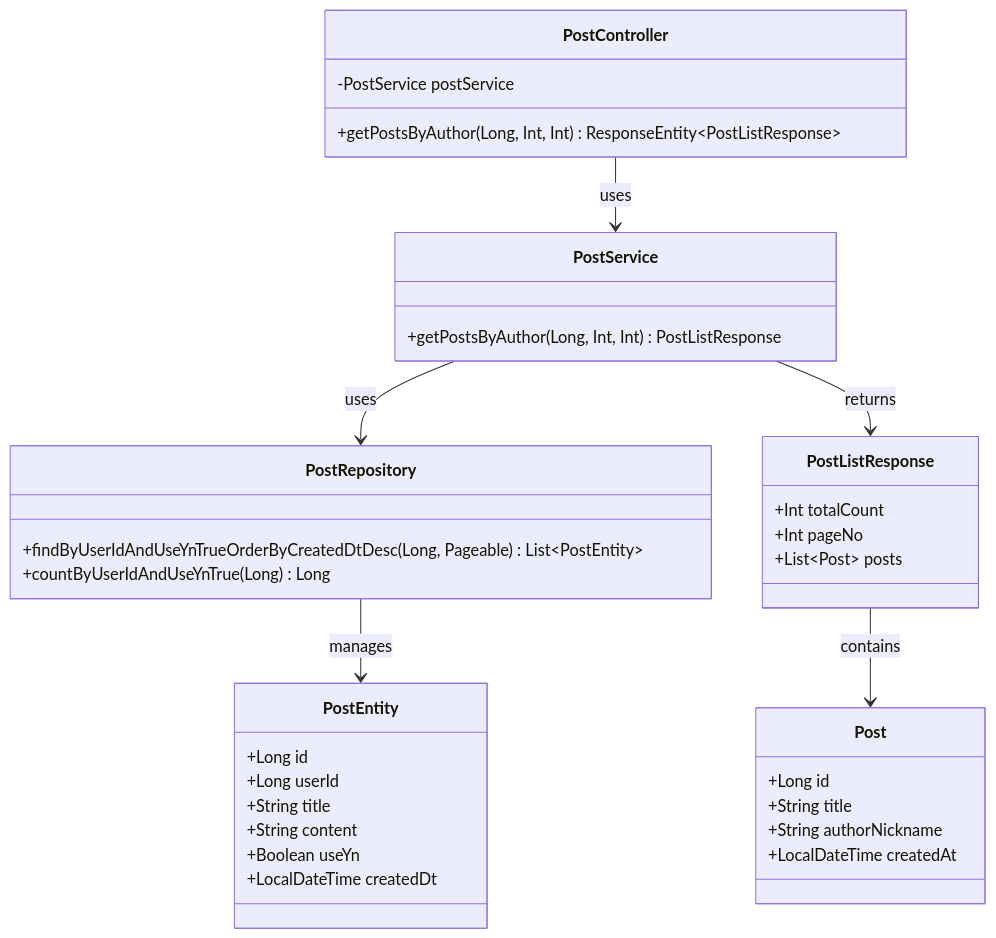
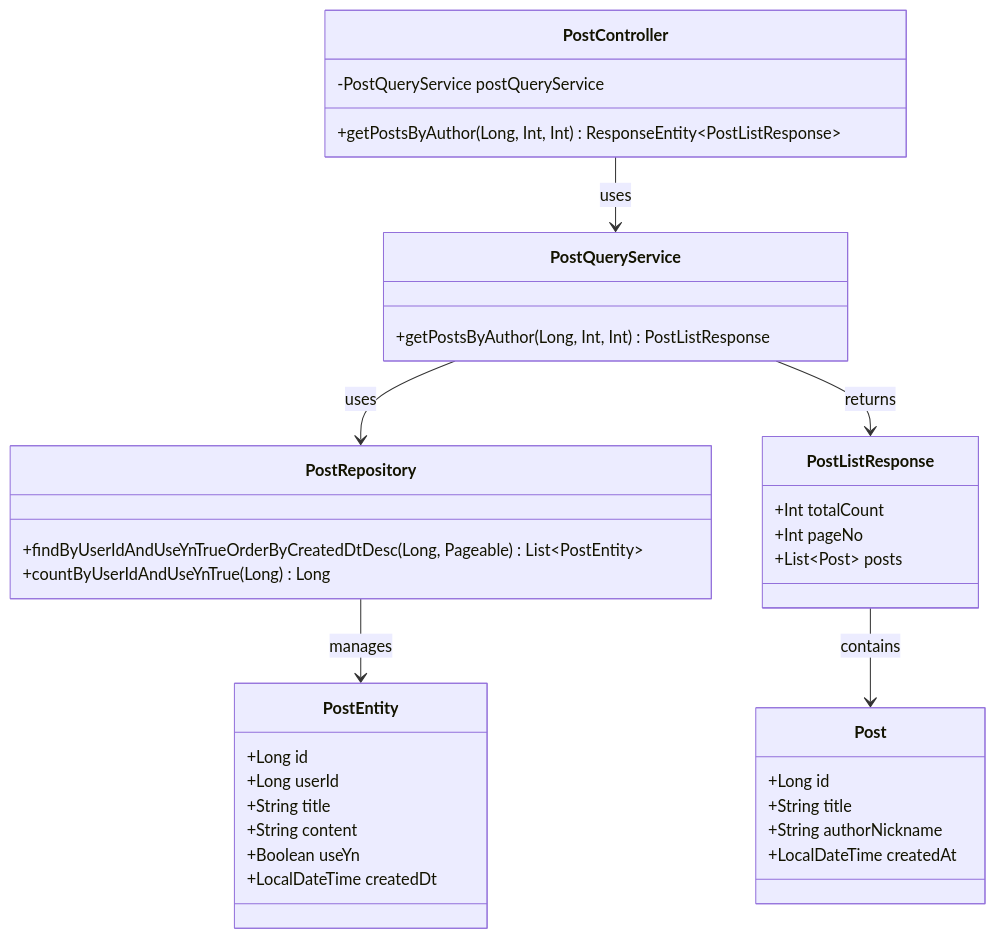
One commit to RKS-t/JungleBook changed the diagram in doc/post/PostController/getPostsByAuthor-class-diagram.md. Above: the diagram before and after it, drawn with Mermaid. The commit also changed 18 other files, not shown here.

First line of the commit message:
docs: update Mermaid charts for CQRS services

````diff
--- a/doc/post/PostController/getPostsByAuthor-class-diagram.md
+++ b/doc/post/PostController/getPostsByAuthor-class-diagram.md
@@ -3,44 +3,44 @@
 ```mermaid
 classDiagram
     class PostController {
-        -PostService postService
+        -PostQueryService postQueryService
         +getPostsByAuthor(Long, Int, Int) ResponseEntity~PostListResponse~
     }
     
-    class PostService {
+    class PostQueryService {
         +getPostsByAuthor(Long, Int, Int) PostListResponse
     }
     
     class PostRepository {
         +findByUserIdAndUseYnTrueOrderByCreatedDtDesc(Long, Pageable) List~PostEntity~
         +countByUserIdAndUseYnTrue(Long) Long
     }
     
     class PostEntity {
         +Long id
         +Long userId
         +String title
         +String content
         +Boolean useYn
         +LocalDateTime createdDt
     }
     
     class PostListResponse {
         +Int totalCount
         +Int pageNo
         +List~Post~ posts
     }
     
     class Post {
         +Long id
         +String title
         +String authorNickname
         +LocalDateTime createdAt
     }
     
-    PostController --> PostService : uses
-    PostService --> PostRepository : uses
+    PostController --> PostQueryService : uses
+    PostQueryService --> PostRepository : uses
     PostRepository --> PostEntity : manages
-    PostService --> PostListResponse : returns
+    PostQueryService --> PostListResponse : returns
     PostListResponse --> Post : contains
 ```
````
